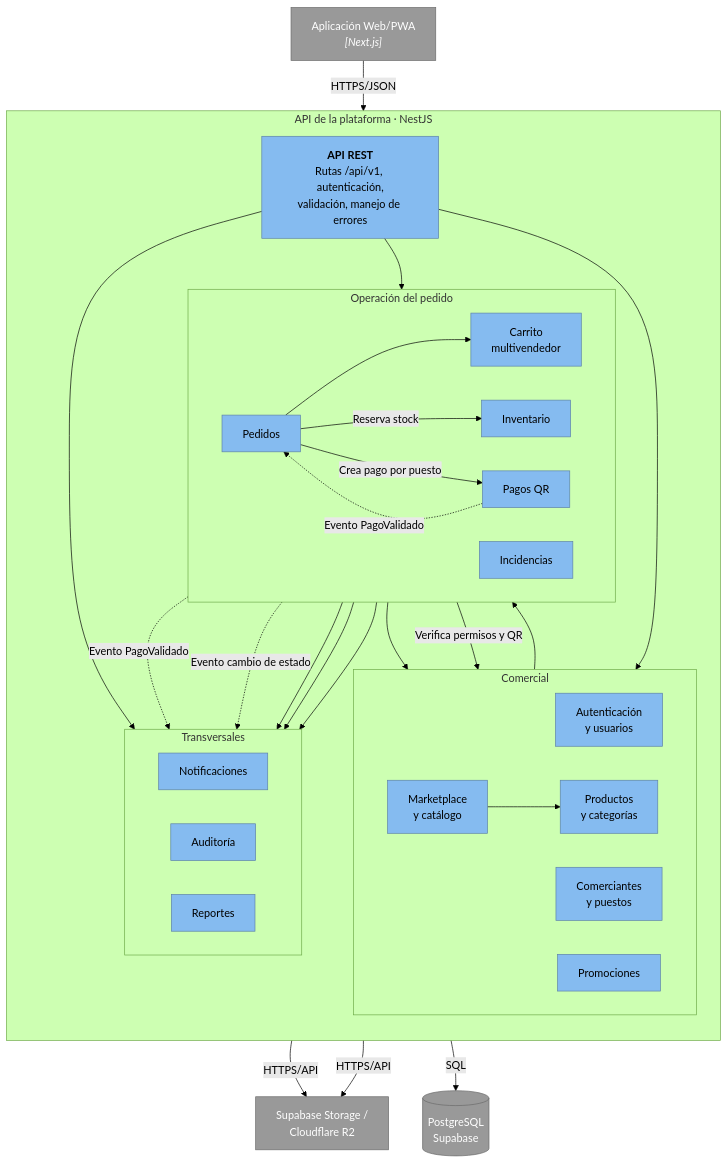
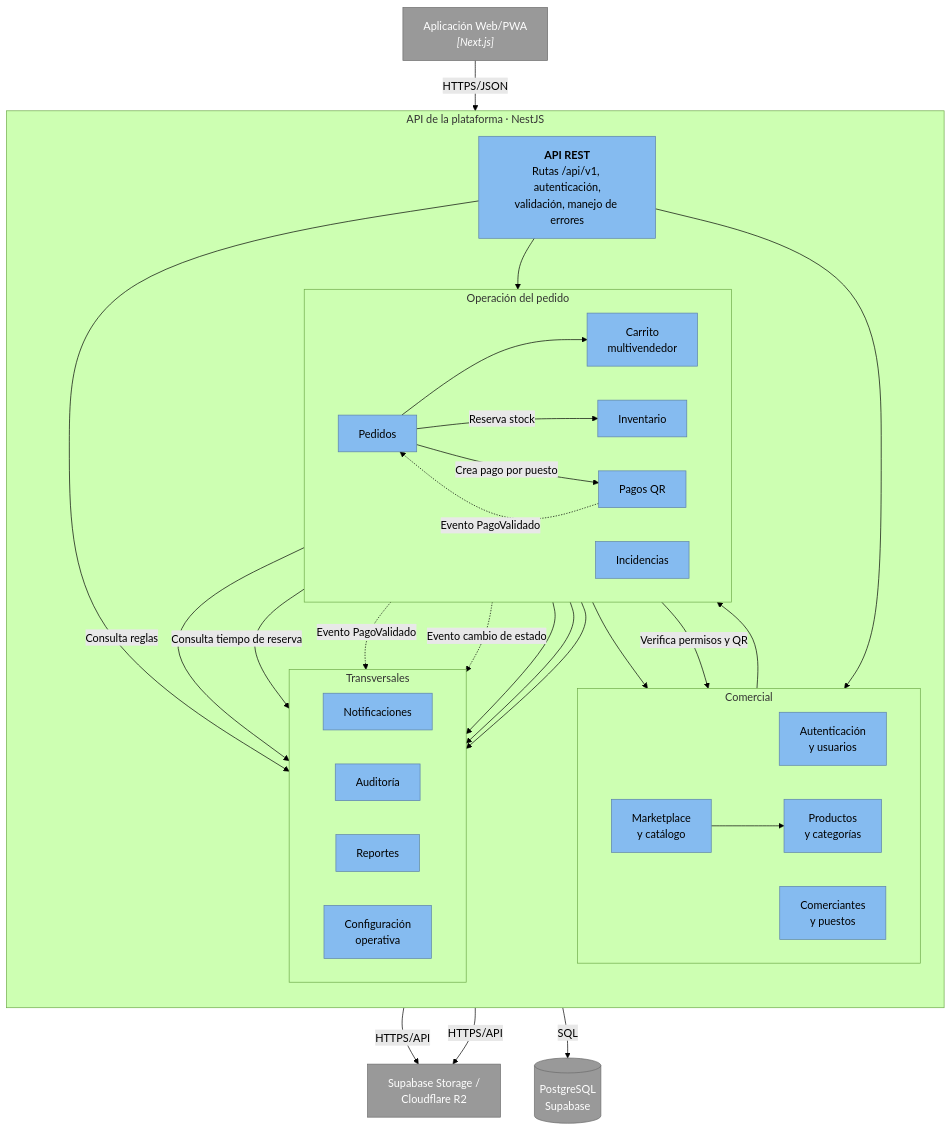
The diagram in docs/04-modelo-c4/Nivel3-Diagrama-de-Componentes.md (DheanFernandez/mercado-multivendedor), drawn with Mermaid (forest theme) before and after one commit. The commit also changed other lines of this file and 6 other files, not shown here.

````diff
--- a/docs/04-modelo-c4/Nivel3-Diagrama-de-Componentes.md
+++ b/docs/04-modelo-c4/Nivel3-Diagrama-de-Componentes.md
@@ -24,65 +24,67 @@
 ```mermaid
 flowchart TB
     WEB["Aplicación Web/PWA<br/><i>[Next.js]</i>"]
 
     subgraph API["API de la plataforma · NestJS"]
         direction TB
         REST["<b>API REST</b><br/>Rutas /api/v1, autenticación,<br/>validación, manejo de errores"]
 
         subgraph COM["Comercial"]
             direction LR
             USR["Autenticación<br/>y usuarios"]
             CMP["Comerciantes<br/>y puestos"]
             PRD["Productos<br/>y categorías"]
             CAT["Marketplace<br/>y catálogo"]
-            PRO["Promociones"]
         end
 
         subgraph OPE["Operación del pedido"]
             direction LR
             CAR["Carrito<br/>multivendedor"]
             PED["Pedidos"]
             INV["Inventario"]
             PAG["Pagos QR"]
             INC["Incidencias"]
         end
 
         subgraph TRA["Transversales"]
             direction LR
             NOT["Notificaciones"]
             AUD["Auditoría"]
             REP["Reportes"]
+            CFG["Configuración<br/>operativa"]
         end
     end
 
     DB[("PostgreSQL<br/>Supabase")]
     ST["Supabase Storage /<br/>Cloudflare R2"]
 
     WEB -->|"HTTPS/JSON"| REST
     REST --> COM
     REST --> OPE
     REST --> TRA
 
     CAT --> PRD
     CAT --> INV
     CAR --> CAT
     PED --> CAR
     PED -->|"Reserva stock"| INV
+    PED -->|"Consulta reglas"| CFG
+    INV -->|"Consulta tiempo de reserva"| CFG
     PED -->|"Crea pago por puesto"| PAG
     PAG -->|"Verifica permisos y QR"| CMP
     PAG -.->|"Evento PagoValidado"| PED
     PAG -.->|"Evento PagoValidado"| NOT
     PED -.->|"Evento cambio de estado"| NOT
     PAG --> AUD
     PED --> AUD
     INV --> AUD
 
     API -->|"SQL"| DB
     CMP -->|"HTTPS/API"| ST
     PRD -->|"HTTPS/API"| ST
 
     classDef comp fill:#85bbf0,stroke:#5d82a8,color:#000000
     classDef ext fill:#999999,stroke:#6b6b6b,color:#ffffff
-    class REST,USR,CMP,PRD,CAT,PRO,CAR,PED,INV,PAG,INC,NOT,AUD,REP comp
+    class REST,USR,CMP,PRD,CAT,CAR,PED,INV,PAG,INC,NOT,AUD,REP,CFG comp
     class WEB,DB,ST ext
 ```
````
